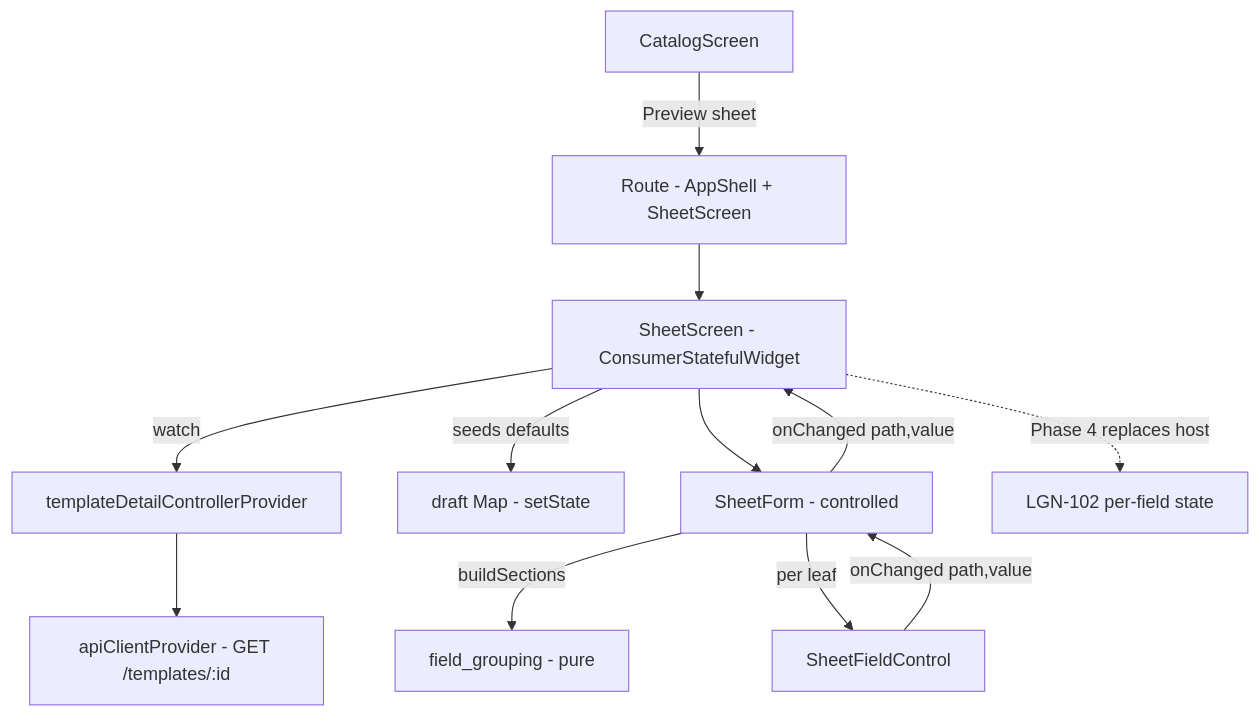
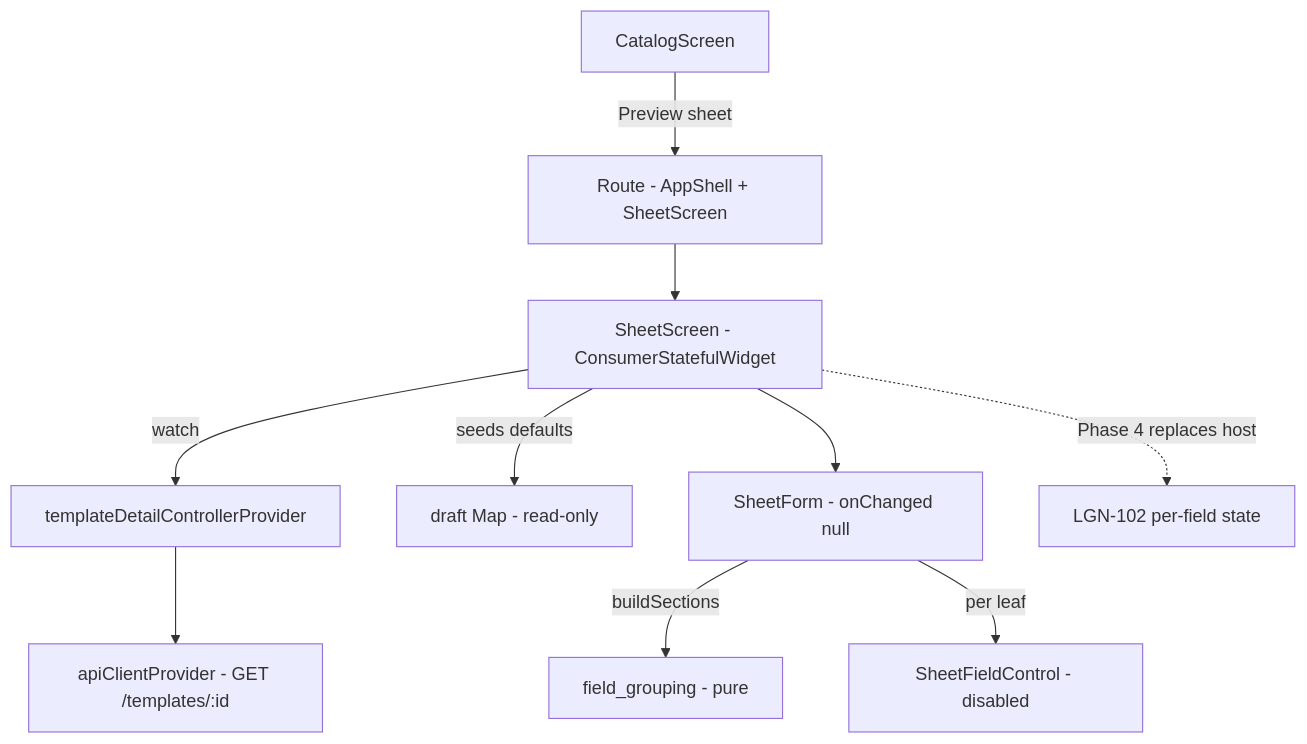
The diagram in .specs/features/front-end-phase-3-sheet-rendering/design.md (paulo-valleriote/legnaris), drawn with Mermaid before and after one commit. The commit also changed other lines of this file and 2 other files, not shown here.

First line of the commit message:
docs(LGN-101): amend the sheet screen spec to render read-only

````diff
--- a/.specs/features/front-end-phase-3-sheet-rendering/design.md
+++ b/.specs/features/front-end-phase-3-sheet-rendering/design.md
@@ -20,14 +20,12 @@
 ```mermaid
 graph TD
     C[CatalogScreen] -->|Preview sheet| R[Route - AppShell + SheetScreen]
     R --> SS[SheetScreen - ConsumerStatefulWidget]
     SS -->|watch| TDP[templateDetailControllerProvider]
     TDP --> AC[apiClientProvider - GET /templates/:id]
-    SS -->|seeds defaults| DM[draft Map - setState]
-    SS --> SF[SheetForm - controlled]
+    SS -->|seeds defaults| DM[draft Map - read-only]
+    SS --> SF[SheetForm - onChanged null]
     SF -->|buildSections| FG[field_grouping - pure]
-    SF -->|per leaf| FC[SheetFieldControl]
-    FC -->|onChanged path,value| SF
-    SF -->|onChanged path,value| SS
+    SF -->|per leaf| FC[SheetFieldControl - disabled]
     SS -.->|Phase 4 replaces host| LGN102[LGN-102 per-field state]
 ```
````
